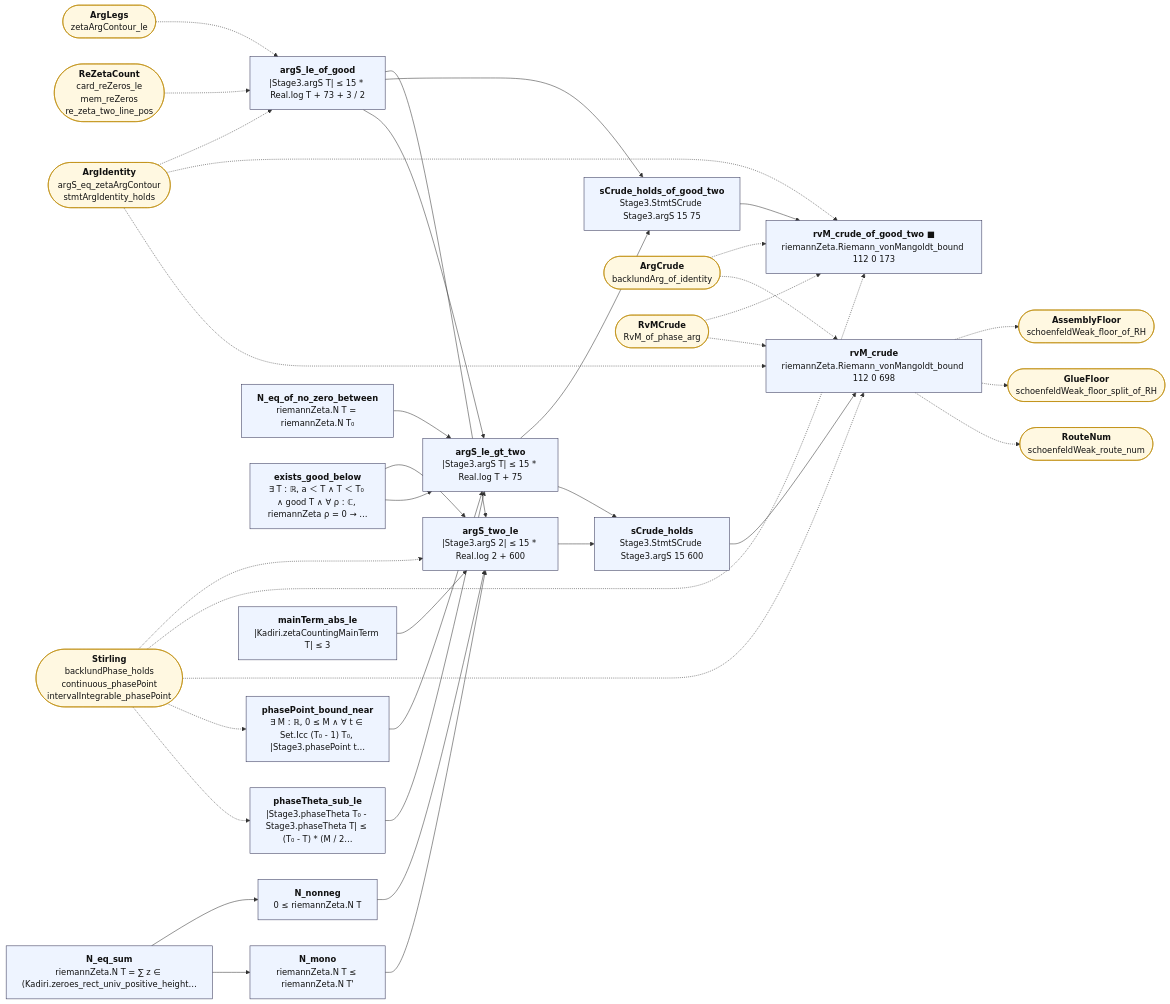
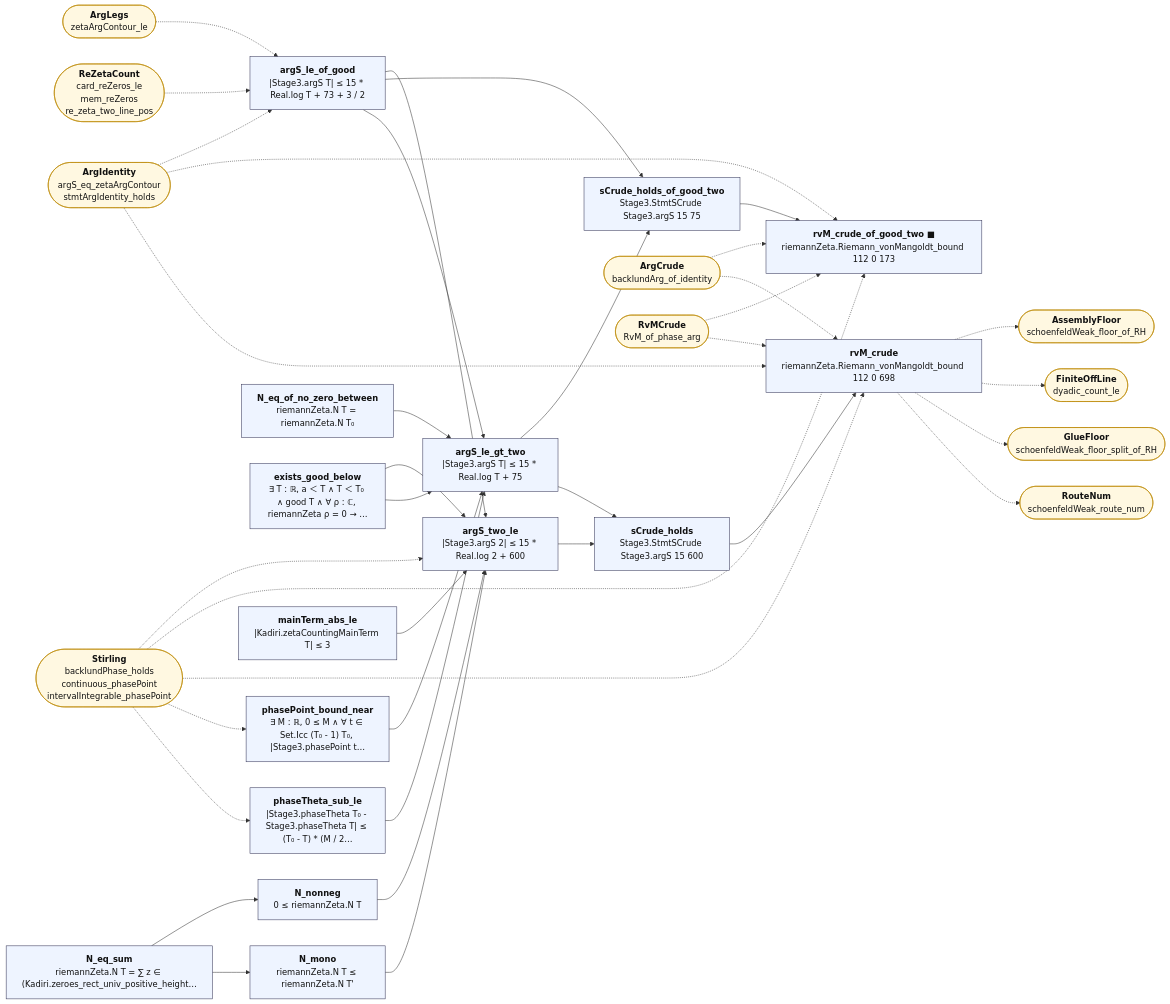
One commit to juliansambranojr/Primebeat_081426 changed the diagram in map/lean_stage3/ArgCount.mmd. Above: the diagram before and after it, drawn with Mermaid. The commit also changed 54 other files, not shown here.

```diff
--- a/map/lean_stage3/ArgCount.mmd
+++ b/map/lean_stage3/ArgCount.mmd
@@ -1,68 +1,70 @@
 flowchart LR
   n0["<b>argS_le_of_good</b><br/>|Stage3.argS T| ≤ 15 * Real.log T + 73 + 3 / 2"]:::thm
   n1["<b>N_eq_sum</b><br/>riemannZeta.N T = ∑ z ∈ (Kadiri.zeroes_rect_univ_positive_height…"]:::thm
   n2["<b>N_nonneg</b><br/>0 ≤ riemannZeta.N T"]:::thm
   n3["<b>N_mono</b><br/>riemannZeta.N T ≤ riemannZeta.N T'"]:::thm
   n4["<b>N_eq_of_no_zero_between</b><br/>riemannZeta.N T = riemannZeta.N T₀"]:::thm
   n5["<b>exists_good_below</b><br/>∃ T : ℝ, a ＜ T ∧ T ＜ T₀ ∧ good T ∧ ∀ ρ : ℂ, riemannZeta ρ = 0 → …"]:::thm
   n6["<b>phasePoint_bound_near</b><br/>∃ M : ℝ, 0 ≤ M ∧ ∀ t ∈ Set.Icc (T₀ - 1) T₀, |Stage3.phasePoint t…"]:::thm
   n7["<b>phaseTheta_sub_le</b><br/>|Stage3.phaseTheta T₀ - Stage3.phaseTheta T| ≤ (T₀ - T) * (M / 2…"]:::thm
   n8["<b>argS_le_gt_two</b><br/>|Stage3.argS T| ≤ 15 * Real.log T + 75"]:::thm
   n9["<b>mainTerm_abs_le</b><br/>|Kadiri.zetaCountingMainTerm T| ≤ 3"]:::thm
   n10["<b>argS_two_le</b><br/>|Stage3.argS 2| ≤ 15 * Real.log 2 + 600"]:::thm
   n11["<b>sCrude_holds_of_good_two</b><br/>Stage3.StmtSCrude Stage3.argS 15 75"]:::thm
   n12["<b>sCrude_holds</b><br/>Stage3.StmtSCrude Stage3.argS 15 600"]:::thm
   n13["<b>rvM_crude_of_good_two ■</b><br/>riemannZeta.Riemann_vonMangoldt_bound 112 0 173"]:::thm
   n14["<b>rvM_crude</b><br/>riemannZeta.Riemann_vonMangoldt_bound 112 0 698"]:::thm
   x0(["<b>ArgIdentity</b><br/>argS_eq_zetaArgContour<br/>stmtArgIdentity_holds"]):::ext
   x1(["<b>ArgLegs</b><br/>zetaArgContour_le"]):::ext
   x2(["<b>ReZetaCount</b><br/>card_reZeros_le<br/>mem_reZeros<br/>re_zeta_two_line_pos"]):::ext
   x3(["<b>Stirling</b><br/>backlundPhase_holds<br/>continuous_phasePoint<br/>intervalIntegrable_phasePoint"]):::ext
   x4(["<b>ArgCrude</b><br/>backlundArg_of_identity"]):::ext
   x5(["<b>RvMCrude</b><br/>RvM_of_phase_arg"]):::ext
   x6(["<b>AssemblyFloor</b><br/>schoenfeldWeak_floor_of_RH"]):::ext
-  x7(["<b>GlueFloor</b><br/>schoenfeldWeak_floor_split_of_RH"]):::ext
-  x8(["<b>RouteNum</b><br/>schoenfeldWeak_route_num"]):::ext
+  x7(["<b>FiniteOffLine</b><br/>dyadic_count_le"]):::ext
+  x8(["<b>GlueFloor</b><br/>schoenfeldWeak_floor_split_of_RH"]):::ext
+  x9(["<b>RouteNum</b><br/>schoenfeldWeak_route_num"]):::ext
   n0 --> n10
   n0 --> n11
   n0 --> n8
   n1 --> n2
   n1 --> n3
   n10 --> n12
   n11 --> n13
   n12 --> n14
   n2 --> n10
   n3 --> n10
   n4 --> n8
   n5 --> n10
   n5 --> n8
   n6 --> n8
   n7 --> n8
   n8 --> n11
   n8 --> n12
   n9 --> n10
   n14 -.-> x6
   n14 -.-> x7
   n14 -.-> x8
+  n14 -.-> x9
   x0 -.-> n0
   x0 -.-> n13
   x0 -.-> n14
   x1 -.-> n0
   x2 -.-> n0
   x3 -.-> n10
   x3 -.-> n13
   x3 -.-> n14
   x3 -.-> n6
   x3 -.-> n7
   x4 -.-> n13
   x4 -.-> n14
   x5 -.-> n13
   x5 -.-> n14
   classDef cnt fill:#dff5ec,stroke:#17694a,color:#111
   classDef shp fill:#f1ecfb,stroke:#5b3fa0,color:#111
   classDef rh fill:#ffe5e5,stroke:#c22,color:#111,stroke-width:2px
   classDef thm fill:#eef4ff,stroke:#335,color:#111
   classDef end_ fill:#e7f7e7,stroke:#2a7,color:#111,stroke-width:2px
   classDef lone fill:#fff,stroke:#999,color:#111,stroke-dasharray:4 3
   classDef bad fill:#ffe5e5,stroke:#c22,color:#111,stroke-width:2px
   classDef ext fill:#fff8e1,stroke:#b80,color:#111
```
